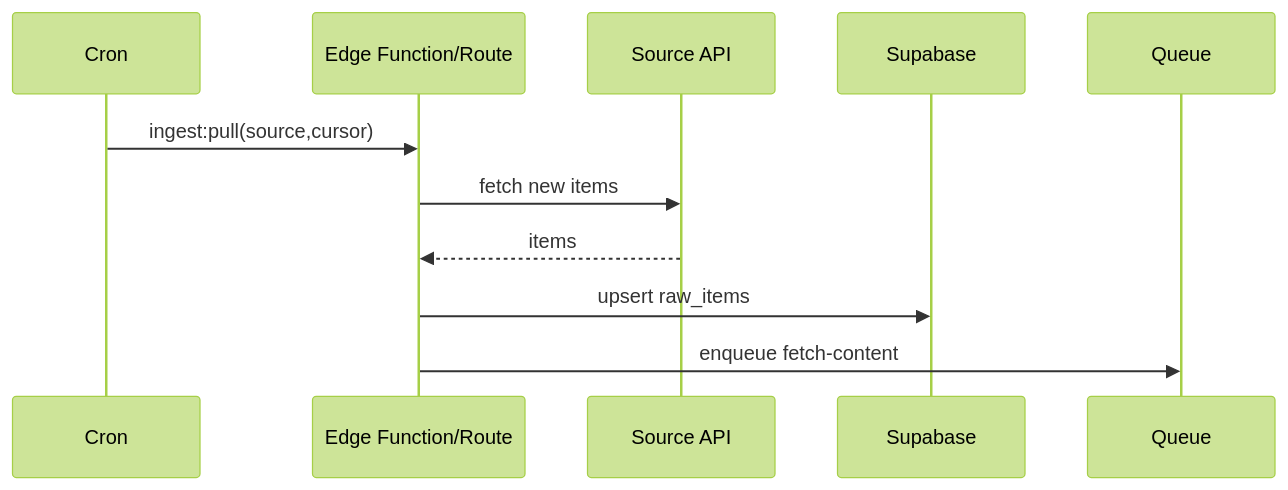
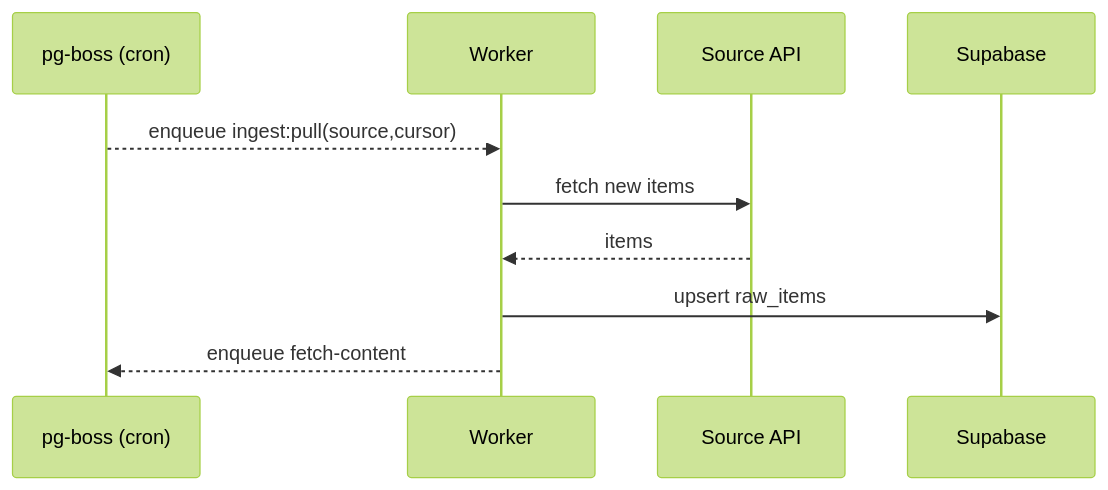
One commit to ParkerRex/zeke changed the fifth of 15 diagrams in docs/plans/dp-diagrams.md. Above: the diagram before and after it, drawn with Mermaid (forest theme). The commit also changed other lines of this file and 7 other files, not shown here.

````diff
--- a/docs/plans/dp-diagrams.md
+++ b/docs/plans/dp-diagrams.md
@@ -95,13 +98,12 @@
 ```mermaid
 sequenceDiagram
-  participant Cron
-  participant Edge as Edge Function/Route
+  participant Boss as pg-boss (cron)
+  participant Work as Worker
   participant API as Source API
   participant DB as Supabase
-  participant Q as Queue
-  Cron->>Edge: ingest:pull(source,cursor)
-  Edge->>API: fetch new items
-  API-->>Edge: items
-  Edge->>DB: upsert raw_items
-  Edge->>Q: enqueue fetch-content
+  Boss-->>Work: enqueue ingest:pull(source,cursor)
+  Work->>API: fetch new items
+  API-->>Work: items
+  Work->>DB: upsert raw_items
+  Work-->>Boss: enqueue fetch-content
 ```
````
